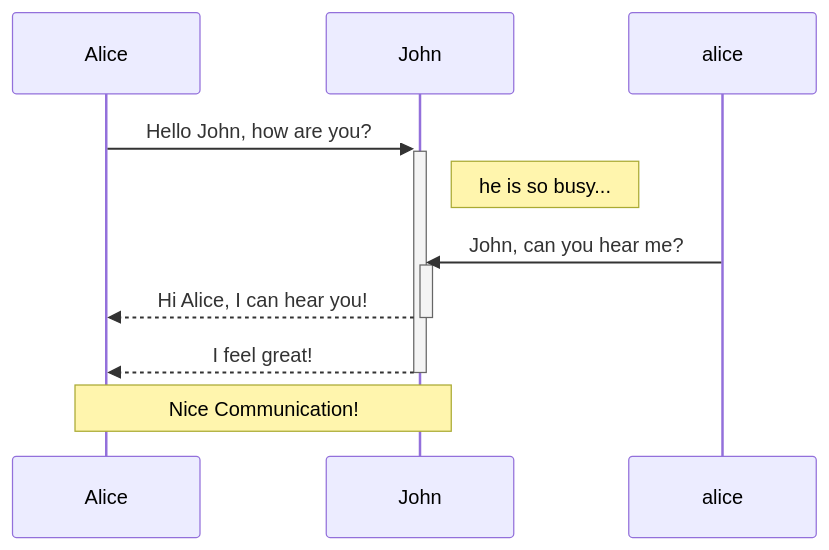
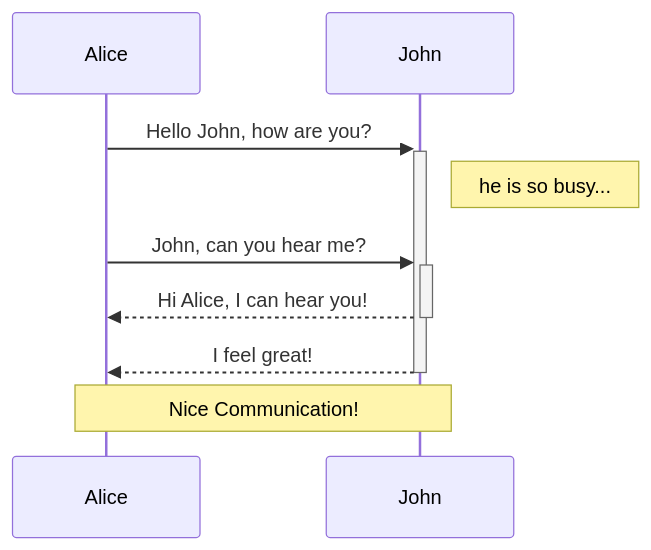
One commit to yui2020/TIL changed the sixth of 6 diagrams in mermaid.md. Above: the diagram before and after it, drawn with Mermaid.

````diff
--- a/mermaid.md
+++ b/mermaid.md
@@ -127,9 +127,9 @@
 ```mermaid
 sequenceDiagram
   Alice->>+John: Hello John, how are you?
   Note right of John:he is so busy...
-  alice->>+John: John, can you hear me?
+  Alice->>+John: John, can you hear me?
   John-->>-Alice: Hi Alice, I can hear you!
   John-->>-Alice: I feel great!
   Note over John,Alice: Nice Communication!
 ```
````
